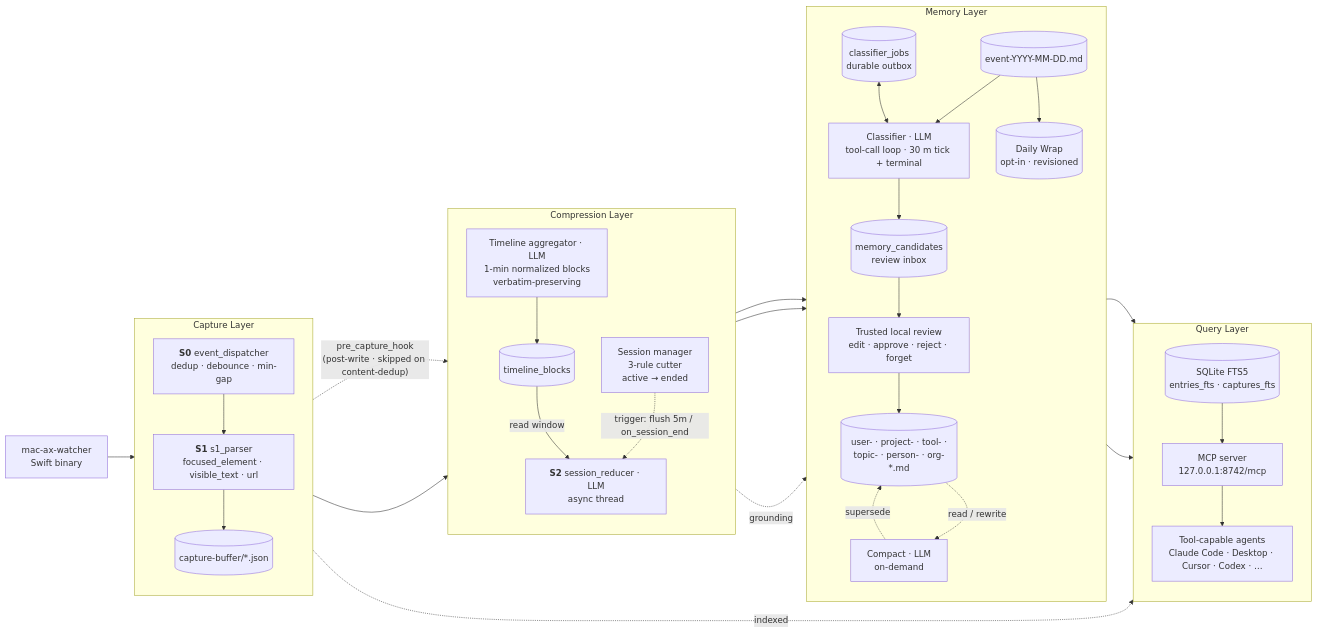
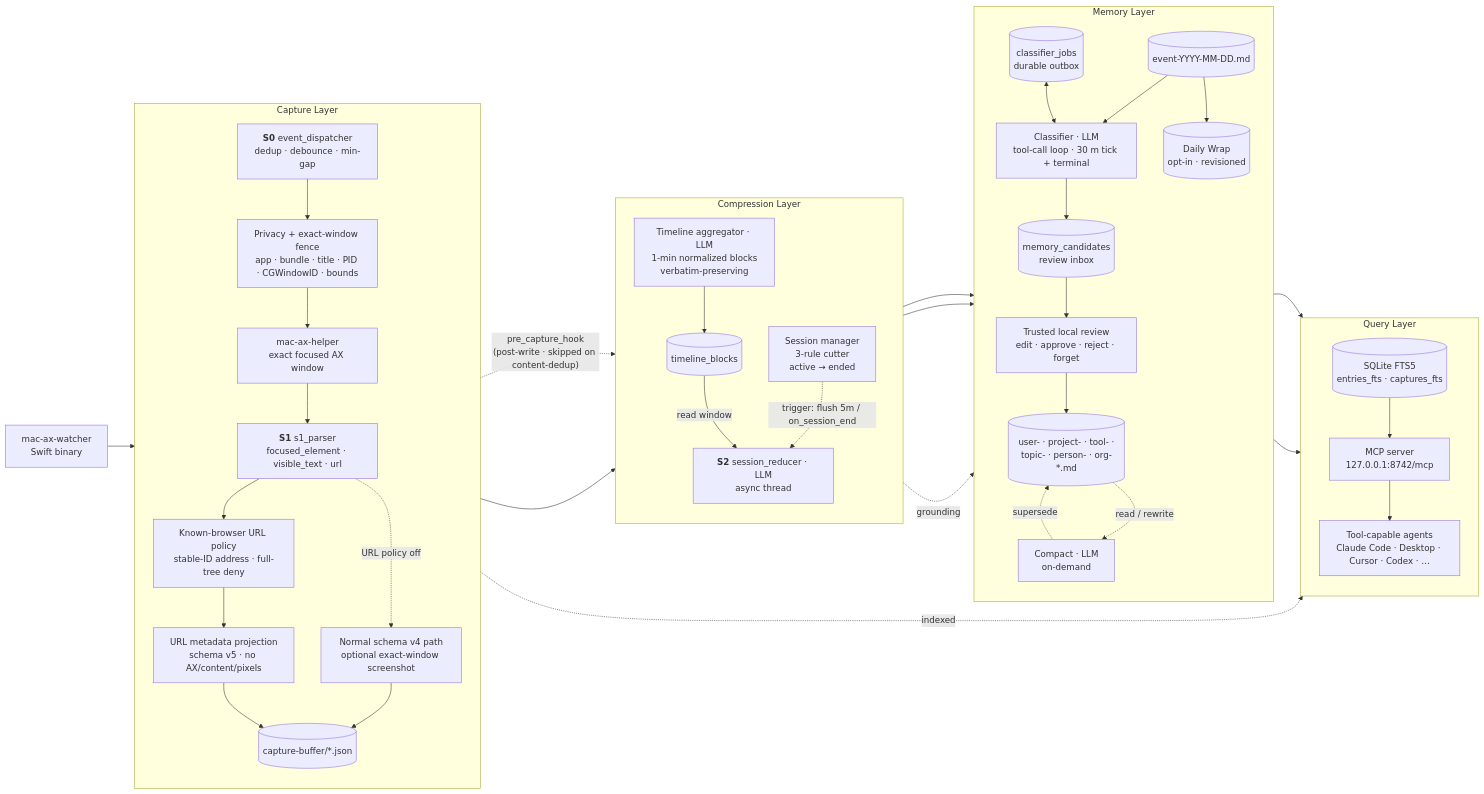
Before and after one commit to chimeraHHH/OpenChronicle: the first of 3 diagrams in docs/architecture.md, drawn with Mermaid. The commit also changed other lines of this file and 114 other files, not shown here.

Commit message:
feat: harden live AX privacy and policy-aware projections

````diff
--- a/docs/architecture.md
+++ b/docs/architecture.md
@@ -5,58 +5,64 @@
 ```mermaid
 flowchart LR
     W[mac-ax-watcher<br/>Swift binary]
 
     subgraph capture [Capture Layer]
         direction TB
         S0["<b>S0</b> event_dispatcher<br/>dedup · debounce · min-gap"]
+        PF["Privacy + exact-window fence<br/>app · bundle · title · PID · CGWindowID · bounds"]
+        AX["mac-ax-helper<br/>exact focused AX window"]
         S1["<b>S1</b> s1_parser<br/>focused_element · visible_text · url"]
+        URL["Known-browser URL policy<br/>stable-ID address · full-tree deny"]
+        META["URL metadata projection<br/>schema v5 · no AX/content/pixels"]
+        NORMAL["Normal schema v4 path<br/>optional exact-window screenshot"]
         BUF[(capture-buffer/*.json)]
-        S0 --> S1 --> BUF
+        S0 --> PF --> AX --> S1 --> URL --> META --> BUF
+        S1 -. URL policy off .-> NORMAL --> BUF
     end
 
     subgraph compress [Compression Layer]
         direction TB
         TL["Timeline aggregator · LLM<br/>1-min normalized blocks<br/>verbatim-preserving"]
         BLOCKS[(timeline_blocks)]
         SM["Session manager<br/>3-rule cutter<br/>active → ended"]
         S2["<b>S2</b> session_reducer · LLM<br/>async thread"]
         TL --> BLOCKS
         BLOCKS -- read window --> S2
         SM -. trigger: flush 5m / on_session_end .-> S2
     end
 
     subgraph memory [Memory Layer]
         direction TB
         ED[(event-YYYY-MM-DD.md)]
         JOBS[(classifier_jobs<br/>durable outbox)]
         CLF["Classifier · LLM<br/>tool-call loop · 30 m tick + terminal"]
         CAND[(memory_candidates<br/>review inbox)]
         REVIEW["Trusted local review<br/>edit · approve · reject · forget"]
         MF[(user- · project- · tool- ·<br/>topic- · person- · org-*.md)]
         WRAP[(Daily Wrap<br/>opt-in · revisioned)]
         CMP["Compact · LLM<br/>on-demand"]
         ED --> CLF --> CAND --> REVIEW --> MF
         JOBS <--> CLF
         ED --> WRAP
         BLOCKS --> WRAP
         MF -. read / rewrite .-> CMP
         CMP -. supersede .-> MF
     end
 
     subgraph query [Query Layer]
         direction TB
         FTS[(SQLite FTS5<br/>entries_fts · captures_fts)]
         MCP["MCP server<br/>127.0.0.1:8742/mcp"]
         AG[Tool-capable agents<br/>Claude Code · Desktop · Cursor · Codex · …]
         FTS --> MCP --> AG
     end
 
     W --> S0
     BUF -. pre_capture_hook<br/>(post-write · skipped on content-dedup) .-> SM
     BUF --> TL
     S2 --> ED
     BLOCKS -. grounding .-> CLF
     MF --> FTS
     ED --> FTS
     BUF -. indexed .-> FTS
 ```
````
